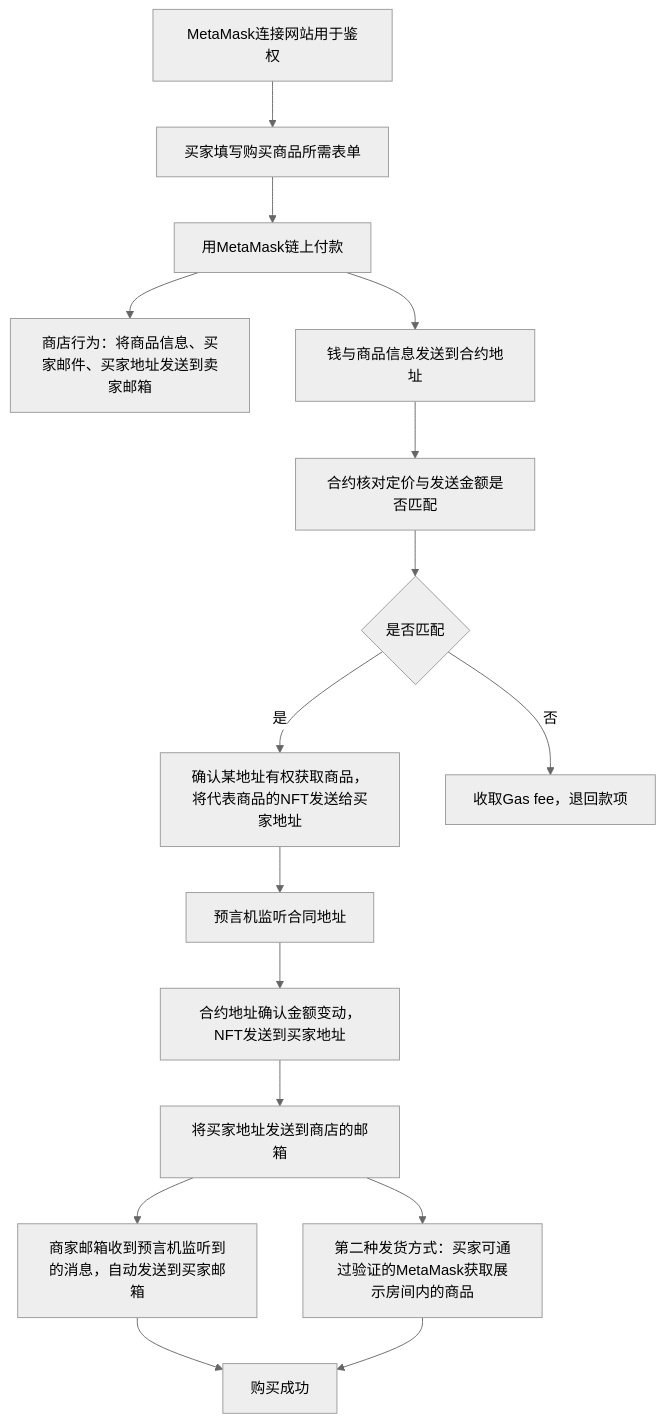
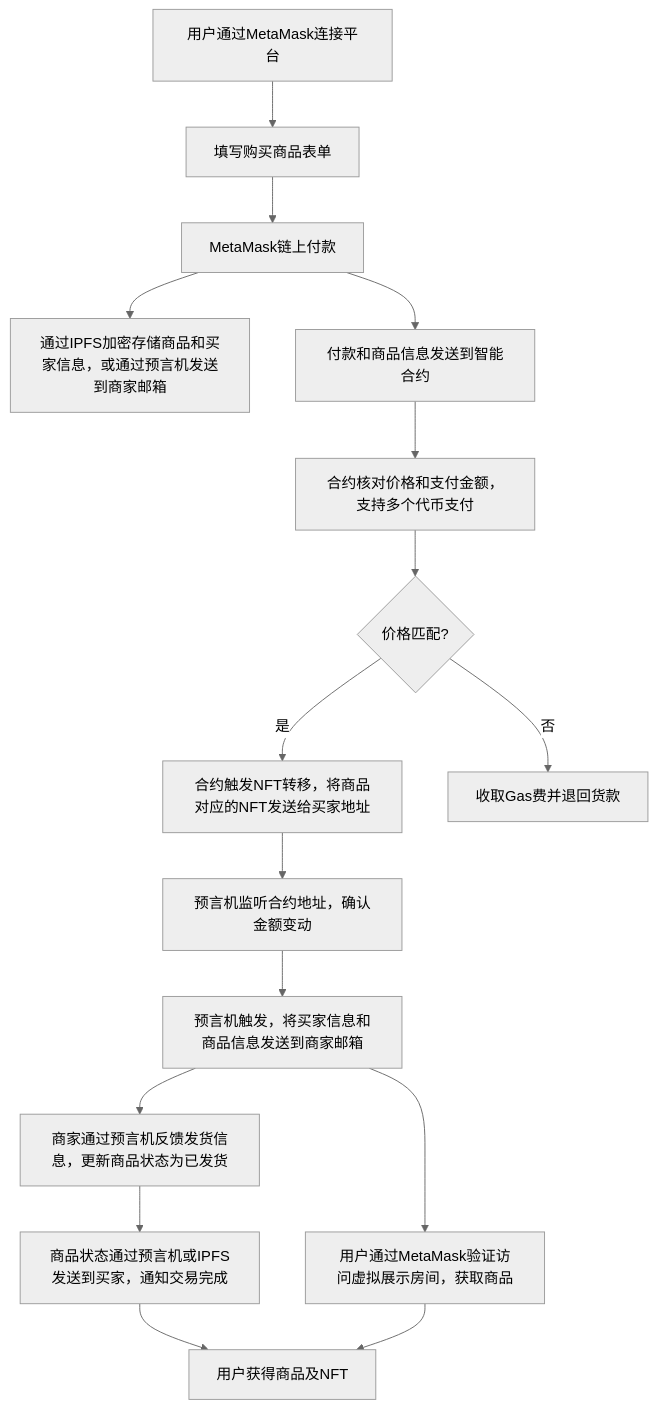
Before and after one commit to vski5/DiagonAlley: the diagram in README.md, drawn with Mermaid (neutral theme). The commit also changed other lines of this file, not shown here.

````diff
--- a/README.md
+++ b/README.md
@@ -1,26 +27,27 @@
 ```mermaid
 flowchart TD
-    A[MetaMask连接网站用于鉴权] --> B[买家填写购买商品所需表单]
-    B --> C[用MetaMask链上付款]
-    C --> D1[商店行为：将商品信息、买家邮件、买家地址发送到卖家邮箱]
-    C --> D2[钱与商品信息发送到合约地址]
+    A[用户通过MetaMask连接平台] --> B[填写购买商品表单]
+    B --> C[MetaMask链上付款]
+    C --> D1[通过IPFS加密存储商品和买家信息，或通过预言机发送到商家邮箱]
+    C --> D2[付款和商品信息发送到智能合约]
     
-    D2 --> E[合约核对定价与发送金额是否匹配]
+    D2 --> E[合约核对价格和支付金额，支持多个代币支付]
     
-    E --> F{是否匹配}
+    E --> F{价格匹配?}
     
-    F -- 是 --> G[确认某地址有权获取商品，将代表商品的NFT发送给买家地址]
-    F -- 否 --> H[收取Gas fee，退回款项]
+    F -- 是 --> G[合约触发NFT转移，将商品对应的NFT发送给买家地址]
+    F -- 否 --> H[收取Gas费并退回货款]
     
-    G --> I[预言机监听合同地址]
+    G --> I[预言机监听合约地址，确认金额变动]
     
-    I --> J[合约地址确认金额变动，NFT发送到买家地址]
+    I --> J[预言机触发，将买家信息和商品信息发送到商家邮箱]
     
-    J --> K[将买家地址发送到商店的邮箱]
+    J --> K[商家通过预言机反馈发货信息，更新商品状态为已发货]
     
-    K --> L[商家邮箱收到预言机监听到的消息，自动发送到买家邮箱]
-    L --> M[购买成功]
+    K --> L[商品状态通过预言机或IPFS发送到买家，通知交易完成]
     
-    K --> N[第二种发货方式：买家可通过验证的MetaMask获取展示房间内的商品]
+    L --> M[用户获得商品及NFT]
+    
+    J --> N[用户通过MetaMask验证访问虚拟展示房间，获取商品]
     N --> M
 ```
````
